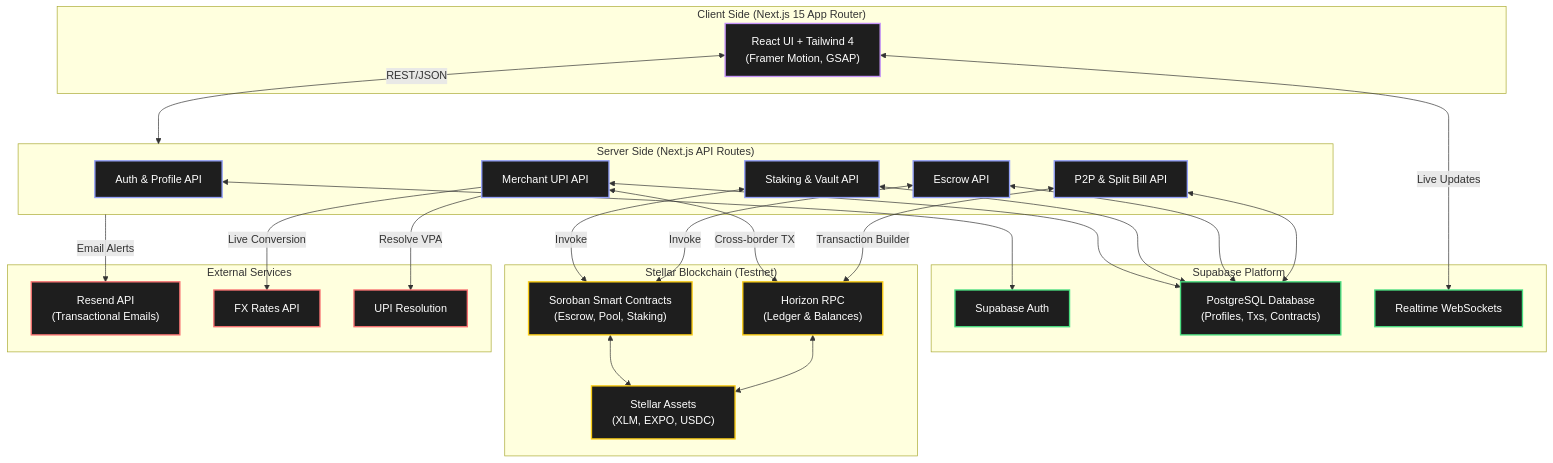
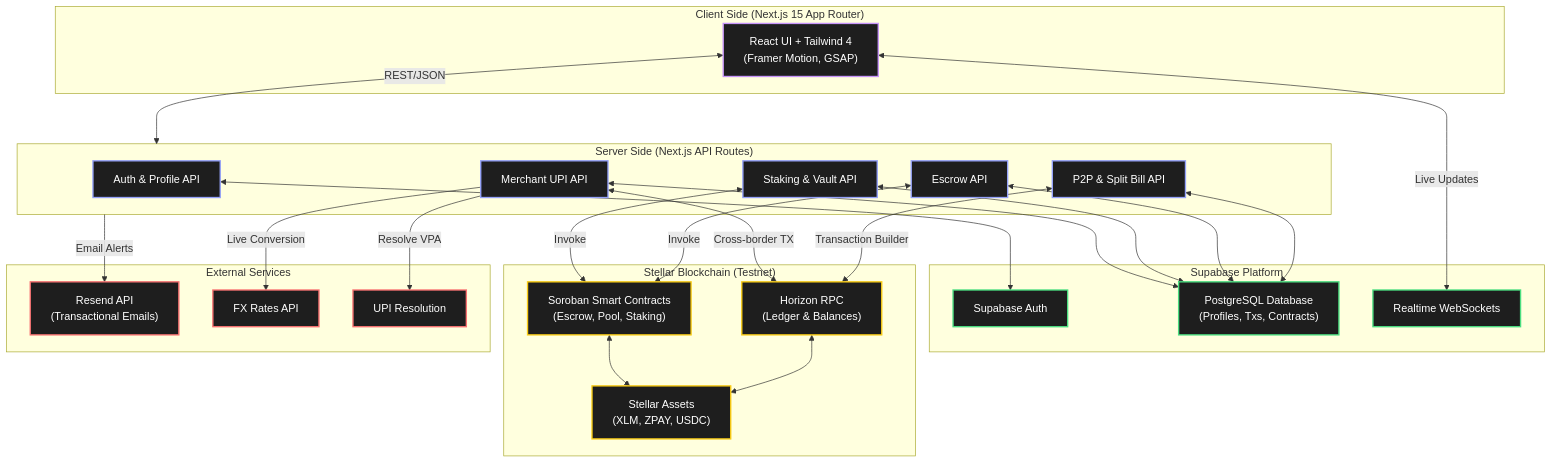
The diagram in _remote_readme.md (Div1912/Z-Pay), drawn with Mermaid before and after one commit. The commit also changed other lines of this file and 376 other files, not shown here.

````diff
--- a/_remote_readme.md
+++ b/_remote_readme.md
@@ -140,73 +140,73 @@
 ```mermaid
 graph TD
     %% Styling
     classDef frontend fill:#1e1e1e,stroke:#C694F9,stroke-width:2px,color:#fff,border-radius:8px;
     classDef backend fill:#1e1e1e,stroke:#94A1F9,stroke-width:2px,color:#fff,border-radius:8px;
     classDef db fill:#1e1e1e,stroke:#4ade80,stroke-width:2px,color:#fff,border-radius:8px;
     classDef blockchain fill:#1e1e1e,stroke:#facc15,stroke-width:2px,color:#fff,border-radius:8px;
     classDef external fill:#1e1e1e,stroke:#f87171,stroke-width:2px,color:#fff,border-radius:8px;
 
     %% Components
     subgraph Client ["Client Side (Next.js 15 App Router)"]
         UI["React UI + Tailwind 4<br/>(Framer Motion, GSAP)"]
     end
 
     subgraph Server ["Server Side (Next.js API Routes)"]
         AuthAPI["Auth & Profile API"]
         PaymentAPI["P2P & Split Bill API"]
         ContractAPI["Escrow API"]
         SavingsAPI["Staking & Vault API"]
         MerchantAPI["Merchant UPI API"]
     end
 
     subgraph Infrastructure ["Supabase Platform"]
         AuthDB["Supabase Auth"]
         PG["PostgreSQL Database<br/>(Profiles, Txs, Contracts)"]
         Realtime["Realtime WebSockets"]
     end
 
     subgraph Stellar ["Stellar Blockchain (Testnet)"]
         Horizon["Horizon RPC<br/>(Ledger & Balances)"]
         Soroban["Soroban Smart Contracts<br/>(Escrow, Pool, Staking)"]
-        Asset["Stellar Assets<br/>(XLM, EXPO, USDC)"]
+        Asset["Stellar Assets<br/>(XLM, ZPAY, USDC)"]
     end
 
     subgraph External ["External Services"]
         Email["Resend API<br/>(Transactional Emails)"]
         FX["FX Rates API"]
         UPI["UPI Resolution"]
     end
 
     %% Client Interactions
     UI <-->|REST/JSON| Server
     UI <-->|Live Updates| Realtime
 
     %% Server Interactions with DB
     AuthAPI <--> AuthDB
     PaymentAPI <--> PG
     ContractAPI <--> PG
     SavingsAPI <--> PG
     MerchantAPI <--> PG
 
     %% Server Interactions with Blockchain
     PaymentAPI <-->|Transaction Builder| Horizon
     MerchantAPI <-->|Cross-border TX| Horizon
     ContractAPI <-->|Invoke| Soroban
     SavingsAPI <-->|Invoke| Soroban
 
     %% External
     Server -->|Email Alerts| Email
     MerchantAPI -->|Live Conversion| FX
     MerchantAPI -->|Resolve VPA| UPI
 
     %% Internal Blockchain
     Horizon <--> Asset
     Soroban <--> Asset
 
     %% Apply Styles
     class UI frontend;
     class AuthAPI,PaymentAPI,ContractAPI,SavingsAPI,MerchantAPI backend;
     class AuthDB,PG,Realtime db;
     class Horizon,Soroban,Asset blockchain;
     class Email,FX,UPI external;
 ```
````
